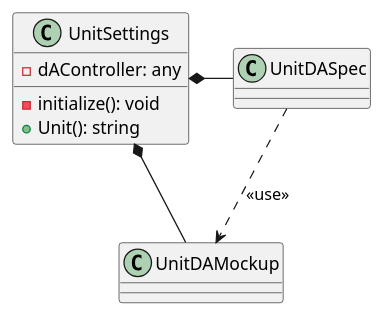
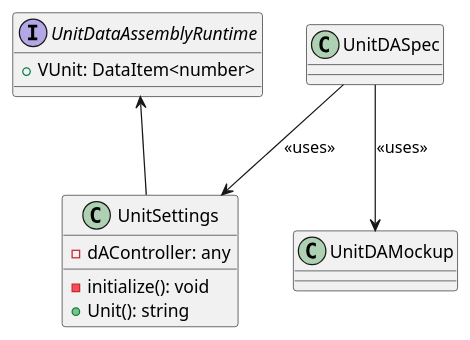
One commit to p2o-lab/polaris-backend changed the diagram in src/modularPlantManager/pea/dataAssembly/_extensions/unitDA/UnitSettings.puml. Above: the diagram before and after it, drawn with PlantUML. The commit also changed 21 other files, not shown here.

```diff
--- a/src/modularPlantManager/pea/dataAssembly/_extensions/unitDA/UnitSettings.puml
+++ b/src/modularPlantManager/pea/dataAssembly/_extensions/unitDA/UnitSettings.puml
@@ -26,13 +26,17 @@
 @startuml
 'https://plantuml.com/class-diagram
+
+interface UnitDataAssemblyRuntime{
+    + VUnit: DataItem<number>
+}
 
 class UnitSettings{
     - dAController: any
     - initialize(): void
     + Unit(): string
 }
 
-UnitSettings *- UnitDASpec
-UnitDASpec ..> UnitDAMockup : <<use>>
-UnitSettings *- UnitDAMockup
+UnitDataAssemblyRuntime <-- UnitSettings
+UnitDASpec --> UnitSettings : <<uses>>
+UnitDASpec --> UnitDAMockup : <<uses>>
 @enduml
```
